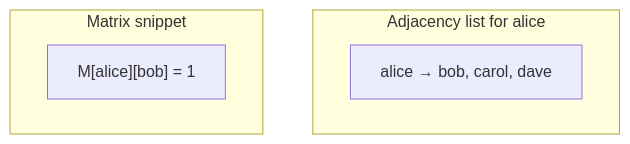
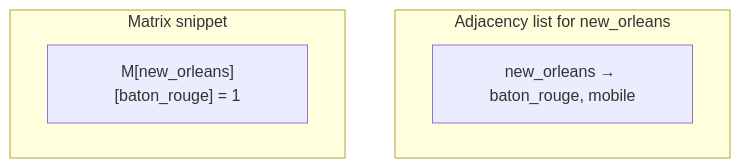
Before and after one commit to qgjones9/python-programming-guide: the eighth of 12 diagrams in docs/dsa/data-structures/graphs/index.md, drawn with Mermaid. The commit also changed other lines of this file and 18 other files, not shown here.

````diff
--- a/docs/dsa/data-structures/graphs/index.md
+++ b/docs/dsa/data-structures/graphs/index.md
@@ -63,9 +286,9 @@
 ```mermaid
 flowchart TB
-  subgraph list["Adjacency list for alice"]
-    A2["alice → bob, carol, dave"]
+  subgraph list["Adjacency list for new_orleans"]
+    A2["new_orleans → baton_rouge, mobile"]
   end
   subgraph matrix["Matrix snippet"]
-    M["M[alice][bob] = 1"]
+    M["M[new_orleans][baton_rouge] = 1"]
  end
 ```
````
